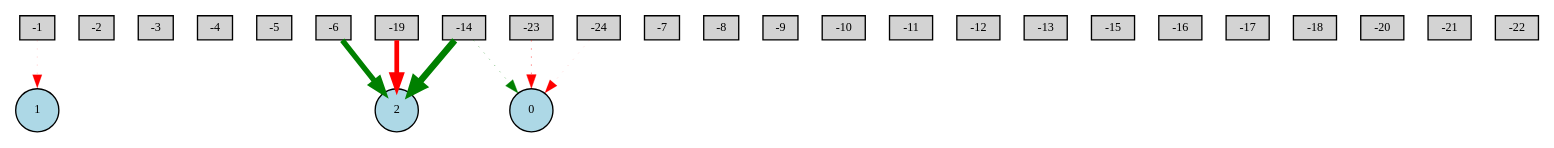
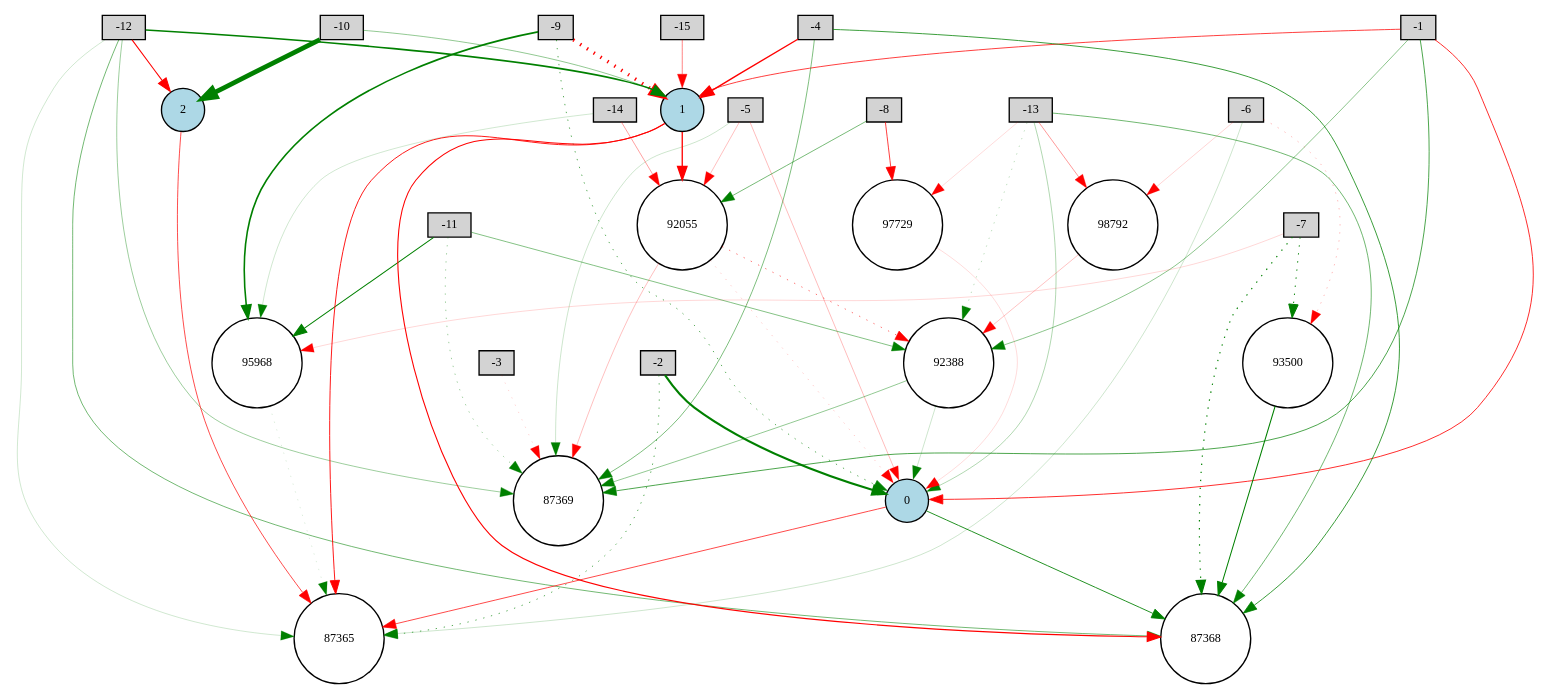
One commit to given-woo/Neat-Snake changed the diagram in Digraph.gv. Above: the diagram before and after it, drawn with Graphviz. The commit also changed 12 other files, not shown here.

```diff
--- a/Digraph.gv
+++ b/Digraph.gv
@@ -1,37 +1,87 @@
 digraph {
 	node [fontsize=9 height=0.2 shape=circle width=0.2]
 	-1 [fillcolor=lightgray shape=box style=filled]
 	-2 [fillcolor=lightgray shape=box style=filled]
 	-3 [fillcolor=lightgray shape=box style=filled]
 	-4 [fillcolor=lightgray shape=box style=filled]
 	-5 [fillcolor=lightgray shape=box style=filled]
 	-6 [fillcolor=lightgray shape=box style=filled]
 	-7 [fillcolor=lightgray shape=box style=filled]
 	-8 [fillcolor=lightgray shape=box style=filled]
 	-9 [fillcolor=lightgray shape=box style=filled]
 	-10 [fillcolor=lightgray shape=box style=filled]
 	-11 [fillcolor=lightgray shape=box style=filled]
 	-12 [fillcolor=lightgray shape=box style=filled]
 	-13 [fillcolor=lightgray shape=box style=filled]
 	-14 [fillcolor=lightgray shape=box style=filled]
 	-15 [fillcolor=lightgray shape=box style=filled]
-	-16 [fillcolor=lightgray shape=box style=filled]
-	-17 [fillcolor=lightgray shape=box style=filled]
-	-18 [fillcolor=lightgray shape=box style=filled]
-	-19 [fillcolor=lightgray shape=box style=filled]
-	-20 [fillcolor=lightgray shape=box style=filled]
-	-21 [fillcolor=lightgray shape=box style=filled]
-	-22 [fillcolor=lightgray shape=box style=filled]
-	-23 [fillcolor=lightgray shape=box style=filled]
-	-24 [fillcolor=lightgray shape=box style=filled]
 	0 [fillcolor=lightblue style=filled]
 	1 [fillcolor=lightblue style=filled]
 	2 [fillcolor=lightblue style=filled]
-	-6 -> 2 [color=green penwidth=3.9883810625710816 style=solid]
-	-19 -> 2 [color=red penwidth=3.507661806915827 style=solid]
-	-14 -> 2 [color=green penwidth=4.88174042411883 style=solid]
-	-14 -> 0 [color=green penwidth=0.2964587035944972 style=dotted]
-	-1 -> 1 [color=red penwidth=0.12258188595206396 style=dotted]
-	-23 -> 0 [color=red penwidth=0.3724133391625861 style=dotted]
-	-24 -> 0 [color=red penwidth=0.10299455301942154 style=dotted]
+	95968 [fillcolor=white style=filled]
+	92388 [fillcolor=white style=filled]
+	87365 [fillcolor=white style=filled]
+	97729 [fillcolor=white style=filled]
+	87368 [fillcolor=white style=filled]
+	87369 [fillcolor=white style=filled]
+	98792 [fillcolor=white style=filled]
+	92055 [fillcolor=white style=filled]
+	93500 [fillcolor=white style=filled]
+	-4 -> 1 [color=red penwidth=1.0593916080276071 style=solid]
+	-2 -> 0 [color=green penwidth=1.5564664662896195 style=solid]
+	-12 -> 1 [color=green penwidth=1.160790355641574 style=solid]
+	0 -> 87368 [color=green penwidth=0.6406697666316244 style=solid]
+	-9 -> 1 [color=red penwidth=2.6494167485867357 style=dotted]
+	2 -> 87365 [color=red penwidth=0.521087972302408 style=solid]
+	-10 -> 2 [color=green penwidth=3.5158301846462687 style=solid]
+	-7 -> 87368 [color=green penwidth=0.8802621070013262 style=dotted]
+	-9 -> 0 [color=green penwidth=0.48330451754433246 style=dotted]
+	92055 -> 0 [color=red penwidth=0.16308275003536504 style=dotted]
+	92055 -> 87369 [color=red penwidth=0.18526810913728087 style=solid]
+	92388 -> 0 [color=green penwidth=0.1498986672458883 style=solid]
+	-5 -> 87369 [color=green penwidth=0.15372102058351922 style=solid]
+	-10 -> 1 [color=green penwidth=0.3209891011224027 style=solid]
+	1 -> 92055 [color=red penwidth=0.9755124984048571 style=solid]
+	0 -> 87365 [color=red penwidth=0.5338901920766583 style=solid]
+	-8 -> 92055 [color=green penwidth=0.3967065134504044 style=solid]
+	-4 -> 87368 [color=green penwidth=0.5690807046444551 style=solid]
+	-3 -> 87369 [color=red penwidth=0.13173721295461463 style=dotted]
+	-7 -> 93500 [color=green penwidth=0.7374478788240163 style=dotted]
+	93500 -> 87368 [color=green penwidth=0.7605783369879872 style=solid]
+	-13 -> 0 [color=green penwidth=0.22885409912457702 style=solid]
+	-12 -> 87365 [color=green penwidth=0.14335539429981037 style=solid]
+	-12 -> 87369 [color=green penwidth=0.28506516699857115 style=solid]
+	-1 -> 92388 [color=green penwidth=0.34319659911387945 style=solid]
+	-5 -> 0 [color=red penwidth=0.2021673264078523 style=solid]
+	-6 -> 87365 [color=green penwidth=0.15182147360425763 style=solid]
+	-2 -> 87365 [color=green penwidth=0.49207920425732743 style=dotted]
+	-5 -> 92055 [color=red penwidth=0.18812654043356863 style=solid]
+	-1 -> 0 [color=red penwidth=0.6128701473275978 style=solid]
+	-14 -> 95968 [color=green penwidth=0.13868709290551856 style=solid]
+	95968 -> 87365 [color=green penwidth=0.10679897842597302 style=dotted]
+	-7 -> 95968 [color=red penwidth=0.11909763507299996 style=solid]
+	92055 -> 92388 [color=red penwidth=0.4218484478276959 style=dotted]
+	92388 -> 87369 [color=green penwidth=0.31992649924341865 style=solid]
+	-11 -> 87369 [color=green penwidth=0.29117003776508876 style=dotted]
+	-13 -> 87368 [color=green penwidth=0.42062504242777443 style=solid]
+	-9 -> 95968 [color=green penwidth=1.1833427944970119 style=solid]
+	-12 -> 2 [color=red penwidth=0.7935552544756227 style=solid]
+	-11 -> 92388 [color=green penwidth=0.35648970716299766 style=solid]
+	-11 -> 95968 [color=green penwidth=0.8164739110144976 style=solid]
+	-13 -> 92388 [color=green penwidth=0.19740418112685199 style=dotted]
+	-1 -> 87369 [color=green penwidth=0.5185916667017858 style=solid]
+	-15 -> 1 [color=red penwidth=0.3623897510841455 style=solid]
+	-13 -> 97729 [color=red penwidth=0.11238417938857138 style=solid]
+	97729 -> 0 [color=red penwidth=0.10830235043166248 style=solid]
+	1 -> 87368 [color=red penwidth=0.8123321750734119 style=solid]
+	1 -> 87365 [color=red penwidth=0.6725804975423344 style=solid]
+	-4 -> 87369 [color=green penwidth=0.380539517216107 style=solid]
+	-6 -> 93500 [color=red penwidth=0.20998706241651588 style=dotted]
+	-14 -> 92055 [color=red penwidth=0.27673041777453145 style=solid]
+	-12 -> 87368 [color=green penwidth=0.40736534718654904 style=solid]
+	-8 -> 97729 [color=red penwidth=0.5631543289263767 style=solid]
+	-1 -> 1 [color=red penwidth=0.5630043470037853 style=solid]
+	-13 -> 98792 [color=red penwidth=0.30271093816863326 style=solid]
+	98792 -> 92388 [color=red penwidth=0.18239194823211646 style=solid]
+	-6 -> 98792 [color=red penwidth=0.1333887192906949 style=solid]
 }
```
